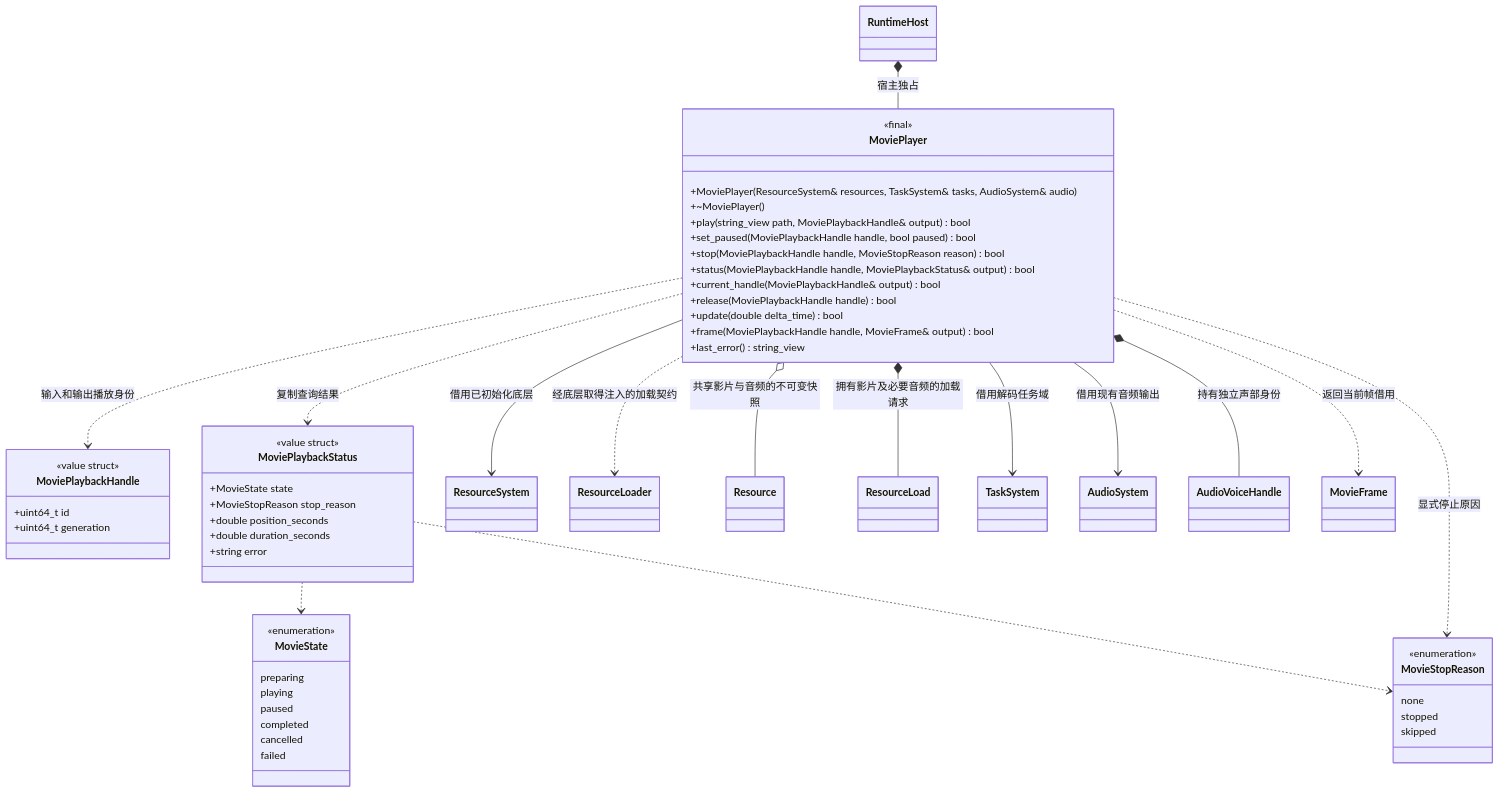
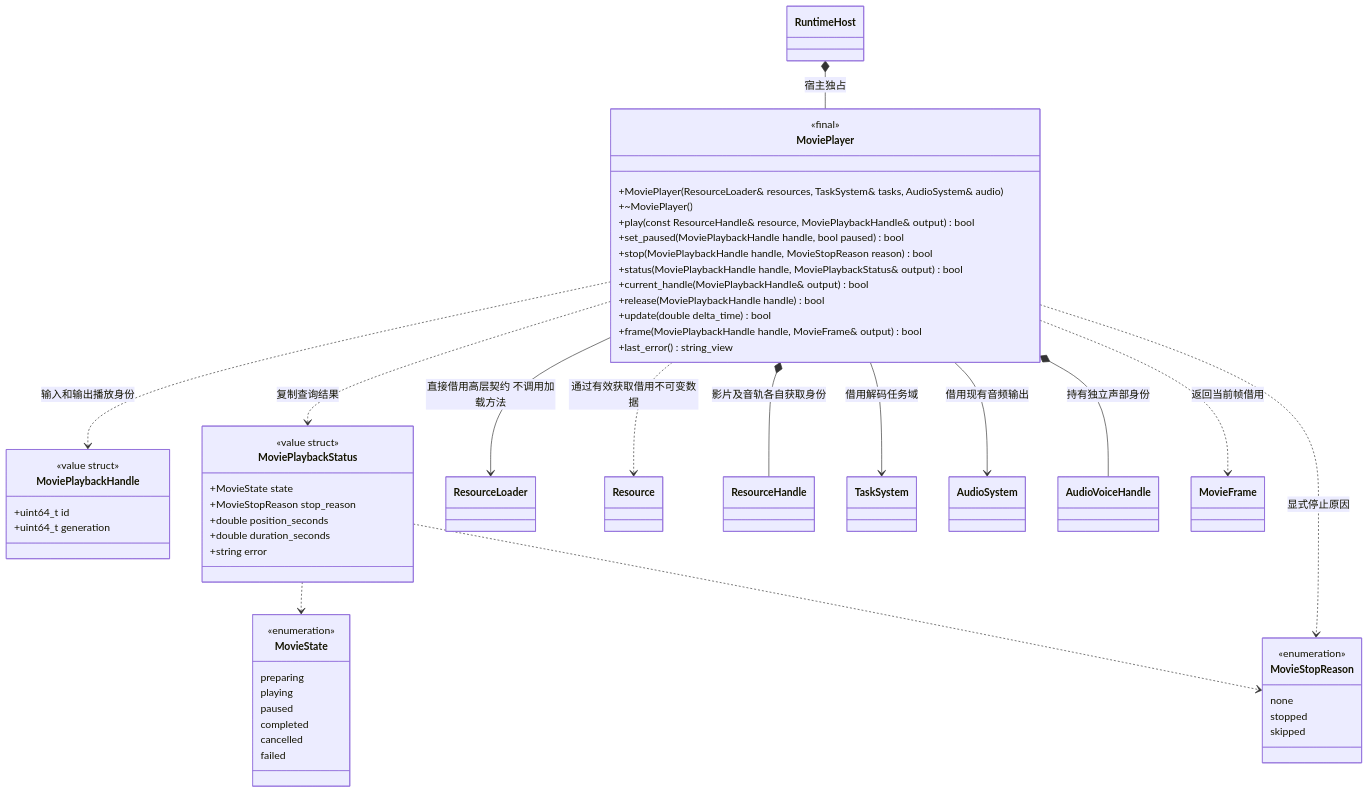
The first of 3 diagrams in docs/runtime/class-diagrams/movie-player.md (lcals/Engine), drawn with Mermaid before and after one commit. The commit also changed other lines of this file and 391 other files, not shown here.

````diff
--- a/docs/runtime/class-diagrams/movie-player.md
+++ b/docs/runtime/class-diagrams/movie-player.md
@@ -11,68 +11,66 @@
 ```mermaid
 classDiagram
     class MoviePlayer {
         <<final>>
-        +MoviePlayer(ResourceSystem& resources, TaskSystem& tasks, AudioSystem& audio)
+        +MoviePlayer(ResourceLoader& resources, TaskSystem& tasks, AudioSystem& audio)
         +~MoviePlayer()
-        +play(string_view path, MoviePlaybackHandle& output) bool
+        +play(const ResourceHandle& resource, MoviePlaybackHandle& output) bool
         +set_paused(MoviePlaybackHandle handle, bool paused) bool
         +stop(MoviePlaybackHandle handle, MovieStopReason reason) bool
         +status(MoviePlaybackHandle handle, MoviePlaybackStatus& output) bool
         +current_handle(MoviePlaybackHandle& output) bool
         +release(MoviePlaybackHandle handle) bool
         +update(double delta_time) bool
         +frame(MoviePlaybackHandle handle, MovieFrame& output) bool
         +last_error() string_view
     }
     class MoviePlaybackHandle {
         <<value struct>>
         +uint64_t id
         +uint64_t generation
     }
     class MoviePlaybackStatus {
         <<value struct>>
         +MovieState state
         +MovieStopReason stop_reason
         +double position_seconds
         +double duration_seconds
         +string error
     }
     class MovieState {
         <<enumeration>>
         preparing
         playing
         paused
         completed
         cancelled
         failed
     }
     class MovieStopReason {
         <<enumeration>>
         none
         stopped
         skipped
     }
-    class ResourceSystem
     class ResourceLoader
     class Resource
-    class ResourceLoad
+    class ResourceHandle
     class TaskSystem
     class AudioSystem
     class AudioVoiceHandle
     class MovieFrame
     class RuntimeHost
-    MoviePlayer --> ResourceSystem : 借用已初始化底层
-    MoviePlayer ..> ResourceLoader : 经底层取得注入的加载契约
-    MoviePlayer *-- ResourceLoad : 拥有影片及必要音频的加载请求
-    MoviePlayer o-- Resource : 共享影片与音频的不可变快照
+    MoviePlayer --> ResourceLoader : 直接借用高层契约 不调用加载方法
+    MoviePlayer *-- ResourceHandle : 影片及音轨各自获取身份
+    MoviePlayer ..> Resource : 通过有效获取借用不可变数据
     MoviePlayer --> TaskSystem : 借用解码任务域
     MoviePlayer --> AudioSystem : 借用现有音频输出
     MoviePlayer *-- AudioVoiceHandle : 持有独立声部身份
     MoviePlayer ..> MoviePlaybackHandle : 输入和输出播放身份
     MoviePlayer ..> MoviePlaybackStatus : 复制查询结果
     MoviePlaybackStatus ..> MovieState
     MoviePlaybackStatus ..> MovieStopReason
     MoviePlayer ..> MovieStopReason : 显式停止原因
     MoviePlayer ..> MovieFrame : 返回当前帧借用
     RuntimeHost *-- MoviePlayer : 宿主独占
 ```
````
